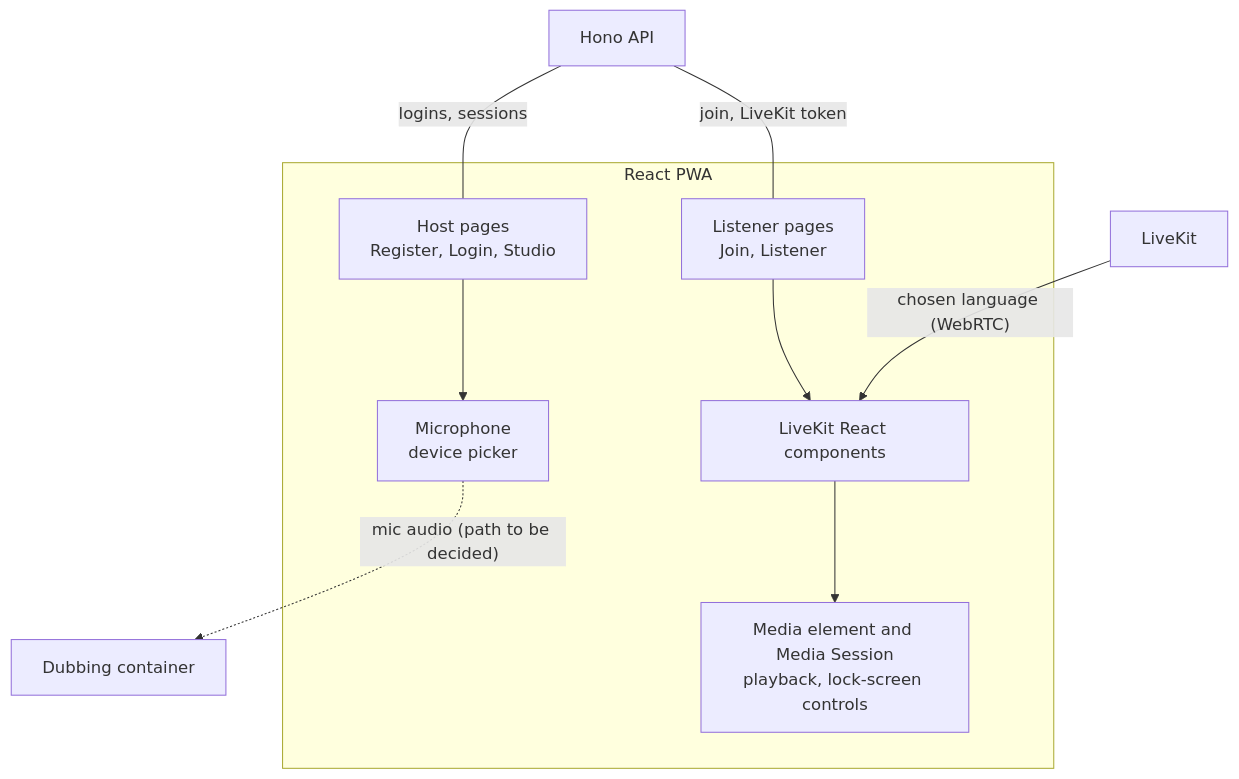
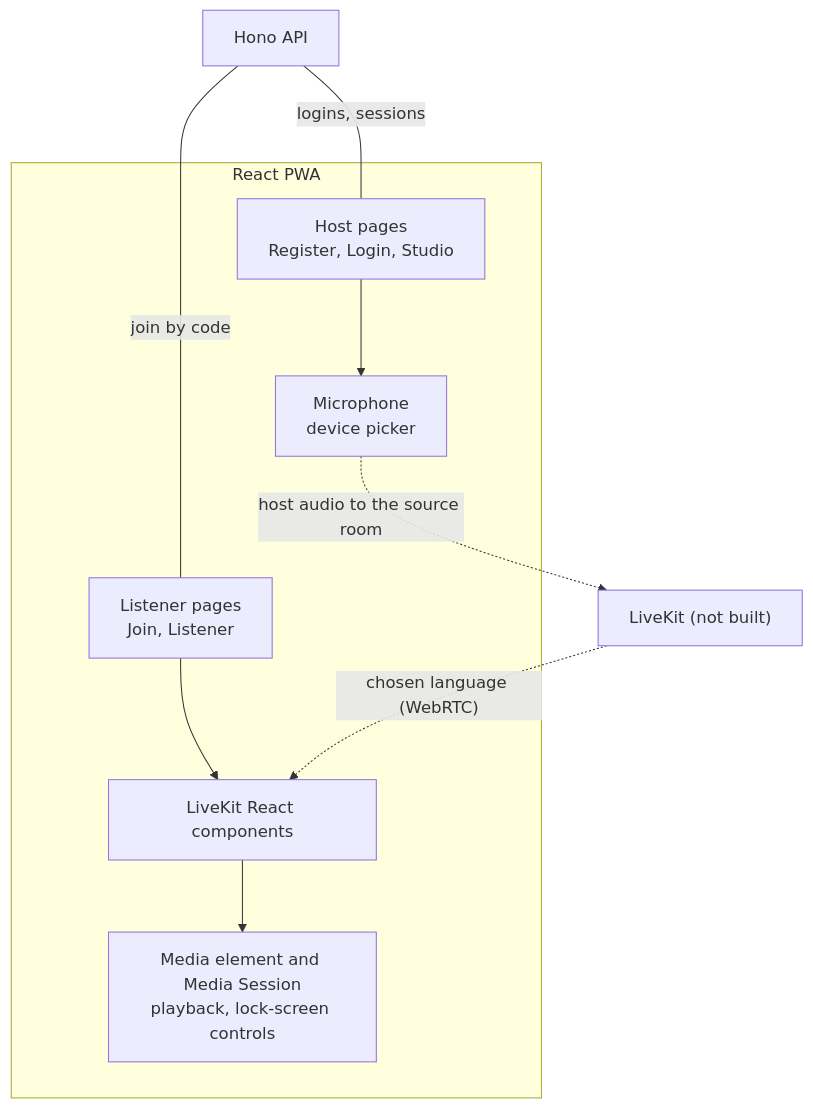
One commit to WH1TE-SHAD0W/ai-dubbing-studio changed the first of 8 diagrams in docs/architecture-layers.md. Above: the diagram before and after it, drawn with Mermaid. The commit also changed other lines of this file and 1 other file, not shown here.

First line of the commit message:
docs: architecture pages describe the translator workers, Redis and sessions

````diff
--- a/docs/architecture-layers.md
+++ b/docs/architecture-layers.md
@@ -14,24 +15,23 @@
 ```mermaid
 %%{init: {"flowchart": {"nodeSpacing": 90, "rankSpacing": 70}}}%%
 flowchart TB
   API["Hono API"]
 
   subgraph App["React PWA"]
     Host["Host pages<br/>Register, Login, Studio"]
     Listener["Listener pages<br/>Join, Listener"]
     Mic["Microphone<br/>device picker"]
     LK["LiveKit React components"]
     Player["Media element and Media Session<br/>playback, lock-screen controls"]
   end
 
-  Dubbing["Dubbing container"]
-  SFU["LiveKit"]
+  SFU["LiveKit (not built)"]
 
   API -- "logins, sessions" --- Host
-  API -- "join, LiveKit token" --- Listener
+  API -- "join by code" --- Listener
   Host --> Mic
   Listener --> LK
   LK --> Player
-  Mic -. "mic audio (path to be decided)" .-> Dubbing
-  SFU -- "chosen language (WebRTC)" --> LK
+  Mic -. "host audio to the source room" .-> SFU
+  SFU -. "chosen language (WebRTC)" .-> LK
 ```
````
